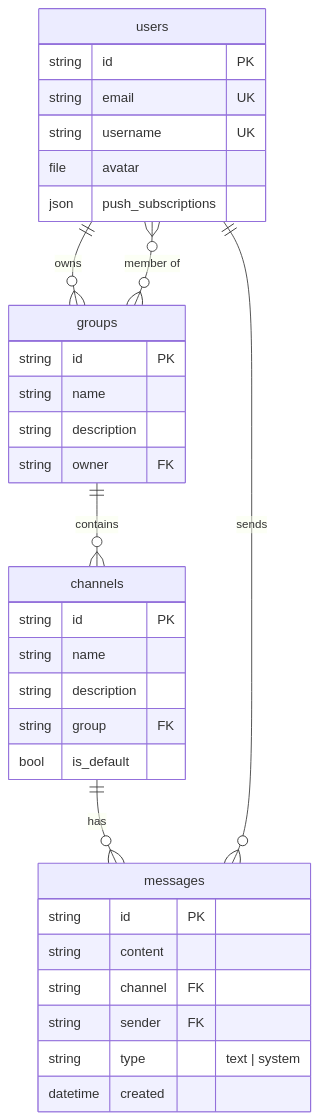
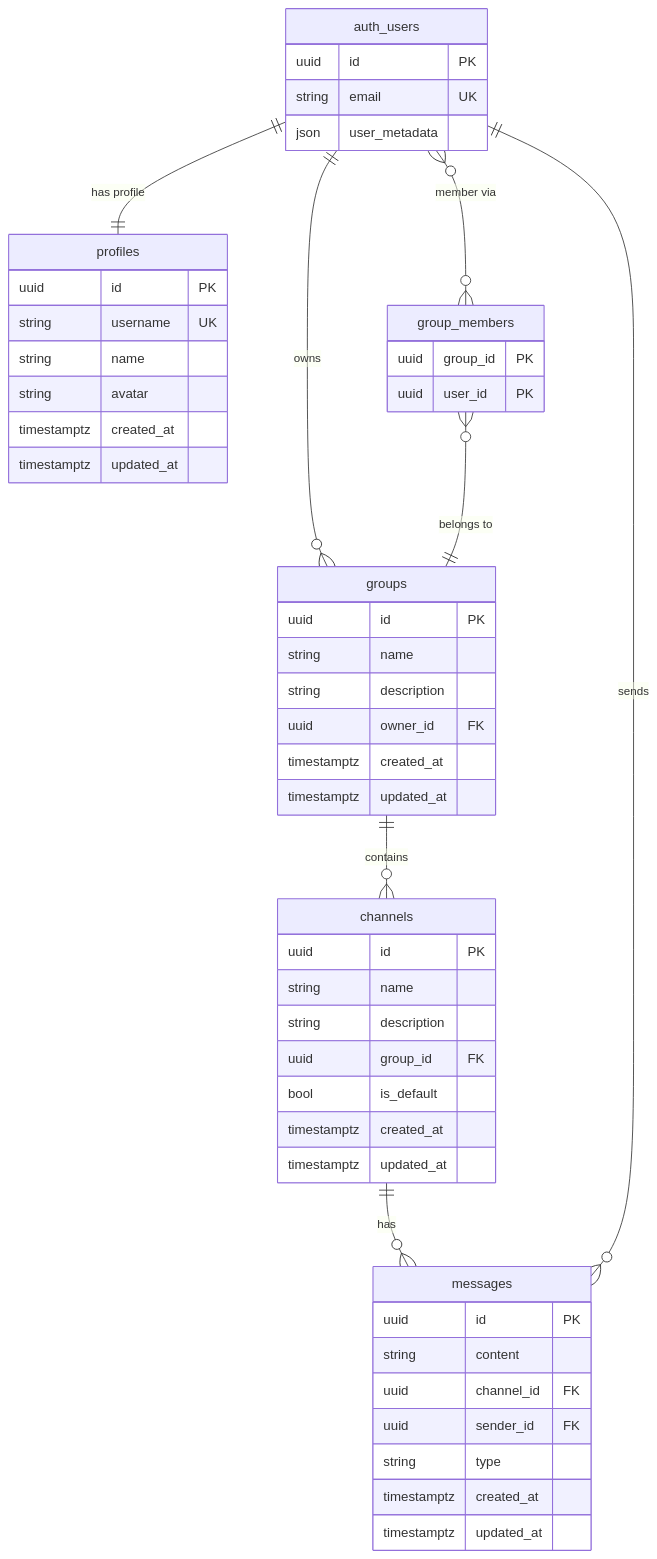
Before and after one commit to davidjonesibm/chat: the first of 7 diagrams in docs/ARCHITECTURE.md, drawn with Mermaid. The commit also changed other lines of this file and 41 other files, not shown here.

````diff
--- a/docs/ARCHITECTURE.md
+++ b/docs/ARCHITECTURE.md
@@ -150,40 +168,59 @@
 ```mermaid
 erDiagram
-    users {
-        string id PK
+    auth_users {
+        uuid id PK
         string email UK
+        json user_metadata
+    }
+
+    profiles {
+        uuid id PK
         string username UK
-        file avatar
-        json push_subscriptions
+        string name
+        string avatar
+        timestamptz created_at
+        timestamptz updated_at
     }
 
     groups {
-        string id PK
+        uuid id PK
         string name
         string description
-        string owner FK
+        uuid owner_id FK
+        timestamptz created_at
+        timestamptz updated_at
+    }
+
+    group_members {
+        uuid group_id PK
+        uuid user_id PK
     }
 
     channels {
-        string id PK
+        uuid id PK
         string name
         string description
-        string group FK
+        uuid group_id FK
         bool is_default
+        timestamptz created_at
+        timestamptz updated_at
     }
 
     messages {
-        string id PK
+        uuid id PK
         string content
-        string channel FK
-        string sender FK
-        string type "text | system"
-        datetime created
+        uuid channel_id FK
+        uuid sender_id FK
+        string type
+        timestamptz created_at
+        timestamptz updated_at
     }
 
-    users ||--o{ groups : "owns"
-    users }o--o{ groups : "member of"
+    auth_users ||--|| profiles : "has profile"
+    auth_users ||--o{ groups : "owns"
+    auth_users }o--o{ group_members : "member via"
+    group_members }o--|| groups : "belongs to"
     groups ||--o{ channels : "contains"
     channels ||--o{ messages : "has"
-    users ||--o{ messages : "sends"
+    auth_users ||--o{ messages : "sends"
 ```
````
